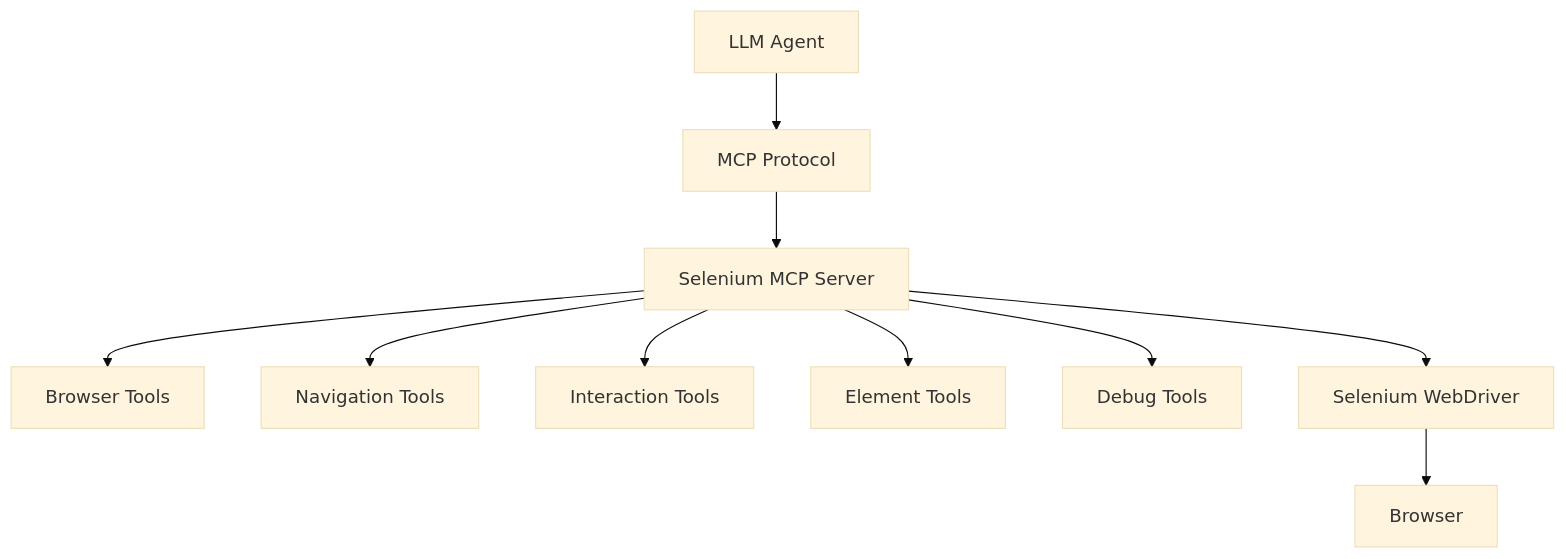
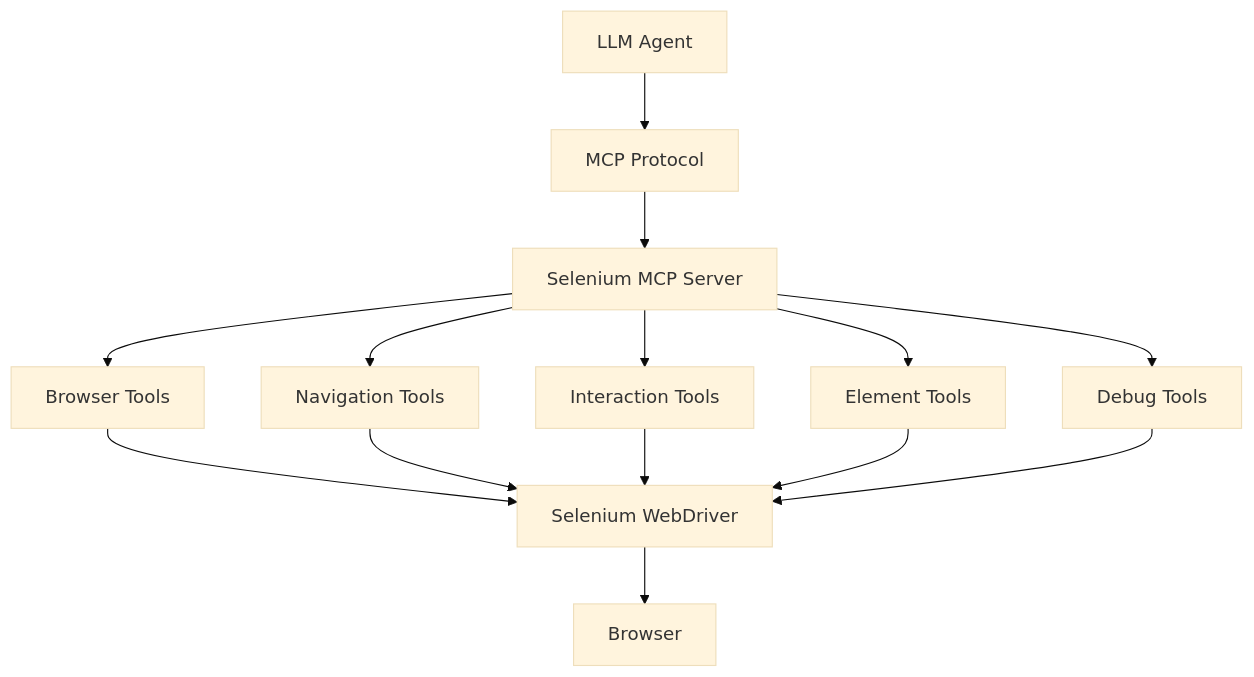
The diagram in README.md (nayakprashant/selenium-mcp-server), drawn with Mermaid (base theme) before and after one commit.

Commit message:
added architectural diagram

````diff
--- a/README.md
+++ b/README.md
@@ -39,14 +39,19 @@
 ```mermaid
 flowchart TD
     A[LLM Agent] --> B[MCP Protocol]
     B --> C[Selenium MCP Server]
 
     C --> D[Browser Tools]
     C --> E[Navigation Tools]
     C --> F[Interaction Tools]
     C --> G[Element Tools]
     C --> H[Debug Tools]
 
-    C --> I[Selenium WebDriver]
+    D --> I[Selenium WebDriver]
+    E --> I
+    F --> I
+    G --> I
+    H --> I
+    
     I --> J[Browser]
 ```
````
